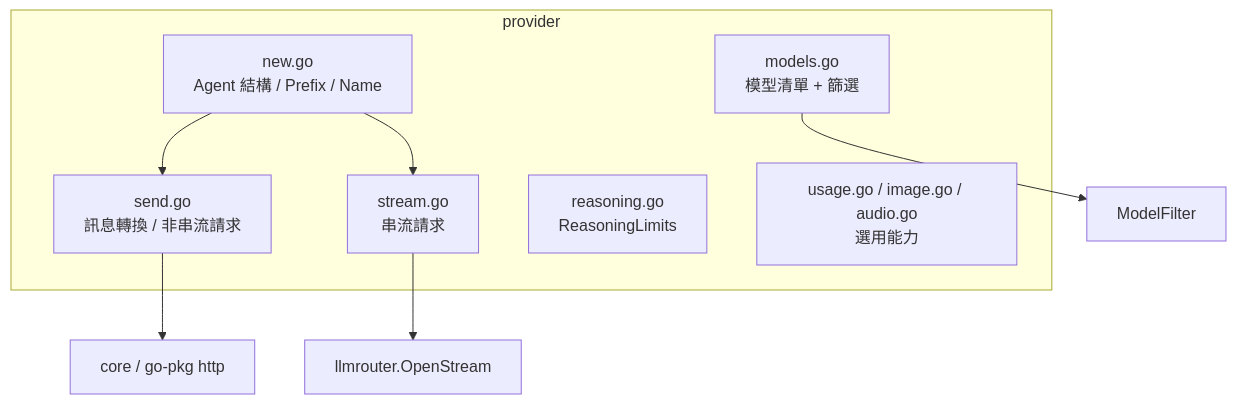
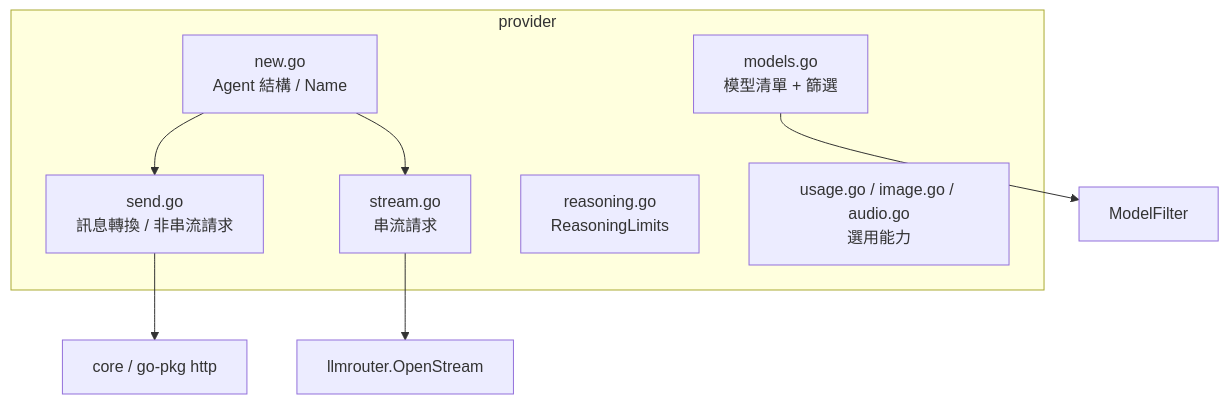
The fourth of 11 diagrams in doc/architecture.zh.md (pardnchiu/go-llm-router), drawn with Mermaid before and after one commit. The commit also changed other lines of this file and 5 other files, not shown here.

````diff
--- a/doc/architecture.zh.md
+++ b/doc/architecture.zh.md
@@ -99,16 +107,16 @@
 ```mermaid
 graph TB
     subgraph provider
-        New[new.go<br/>Agent 結構 / Prefix / Name]
+        New[new.go<br/>Agent 結構 / Name]
         Send[send.go<br/>訊息轉換 / 非串流請求]
         StreamFile[stream.go<br/>串流請求]
         Models[models.go<br/>模型清單 + 篩選]
         ReasoningFile[reasoning.go<br/>ReasoningLimits]
         Extra[usage.go / image.go / audio.go<br/>選用能力]
     end
     New --> Send
     New --> StreamFile
     Send --> CoreHTTP[core / go-pkg http]
     StreamFile --> CoreStream[llmrouter.OpenStream]
     Models --> Filter[ModelFilter]
 ```
````
